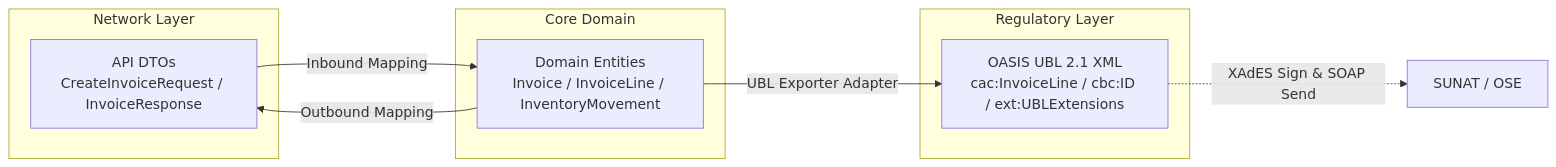
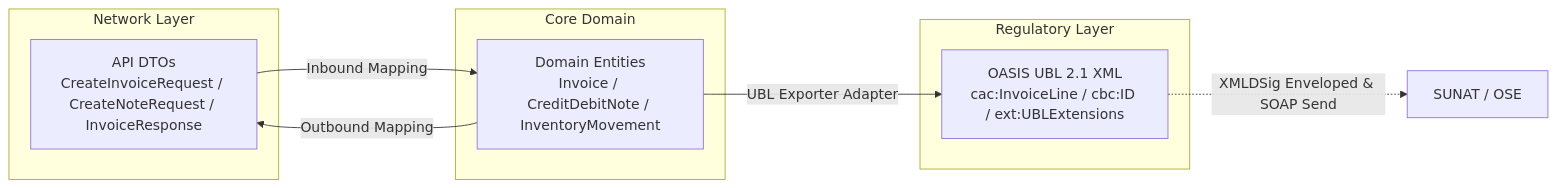
Before and after one commit to zadidhc/ABC-SPEC-FIRST: the second of 2 diagrams in specs/02-modelo-dominio.md, drawn with Mermaid. The commit also changed other lines of this file and 111 other files, not shown here.

````diff
--- a/specs/02-modelo-dominio.md
+++ b/specs/02-modelo-dominio.md
@@ -222,17 +298,17 @@
 ```mermaid
 graph LR
     subgraph Network Layer
-        DTO[API DTOs<br/>CreateInvoiceRequest / InvoiceResponse]
+        DTO[API DTOs<br/>CreateInvoiceRequest / CreateNoteRequest / InvoiceResponse]
     end
     subgraph Core Domain
-        DOM[Domain Entities<br/>Invoice / InvoiceLine / InventoryMovement]
+        DOM[Domain Entities<br/>Invoice / CreditDebitNote / InventoryMovement]
     end
     subgraph Regulatory Layer
         UBL[OASIS UBL 2.1 XML<br/>cac:InvoiceLine / cbc:ID / ext:UBLExtensions]
     end
 
     DTO -->|Inbound Mapping| DOM
     DOM -->|Outbound Mapping| DTO
     DOM -->|UBL Exporter Adapter| UBL
-    UBL -.->|XAdES Sign & SOAP Send| SUNAT[SUNAT / OSE]
+    UBL -.->|XMLDSig Enveloped & SOAP Send| SUNAT[SUNAT / OSE]
 ```
````
